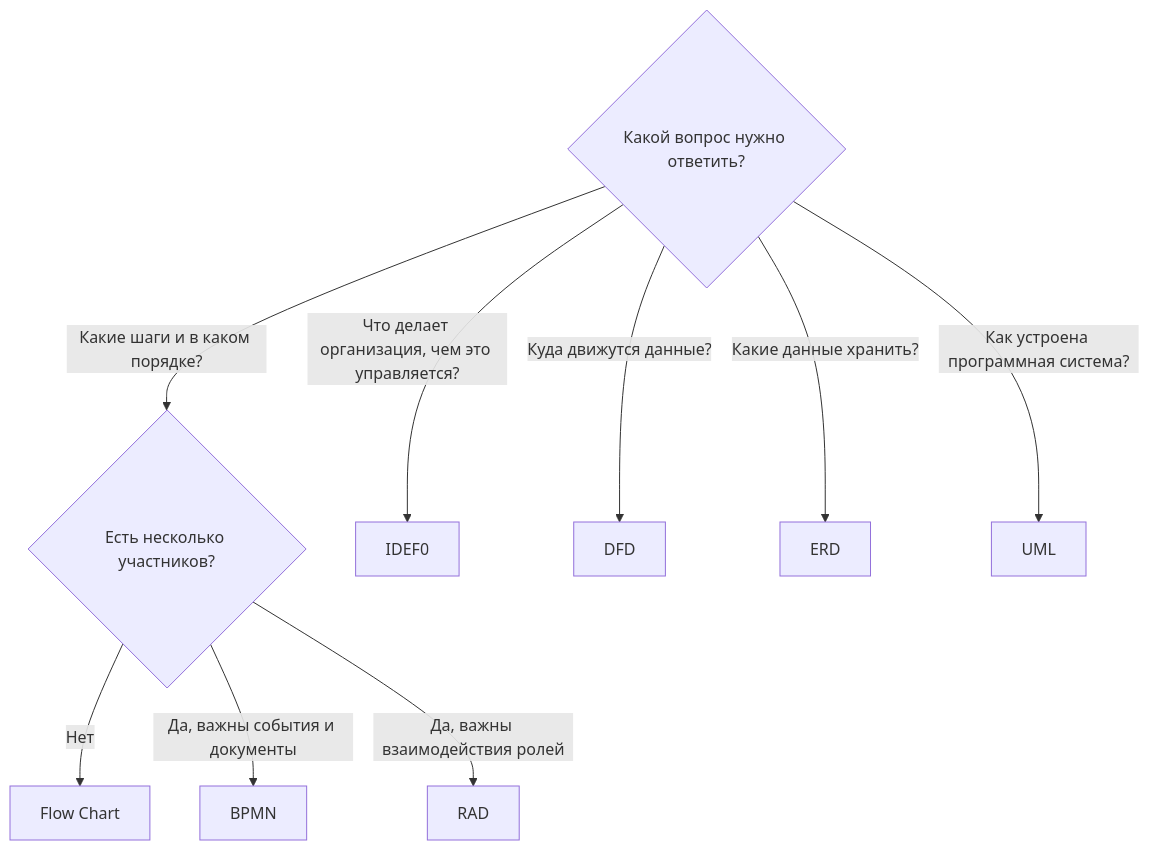
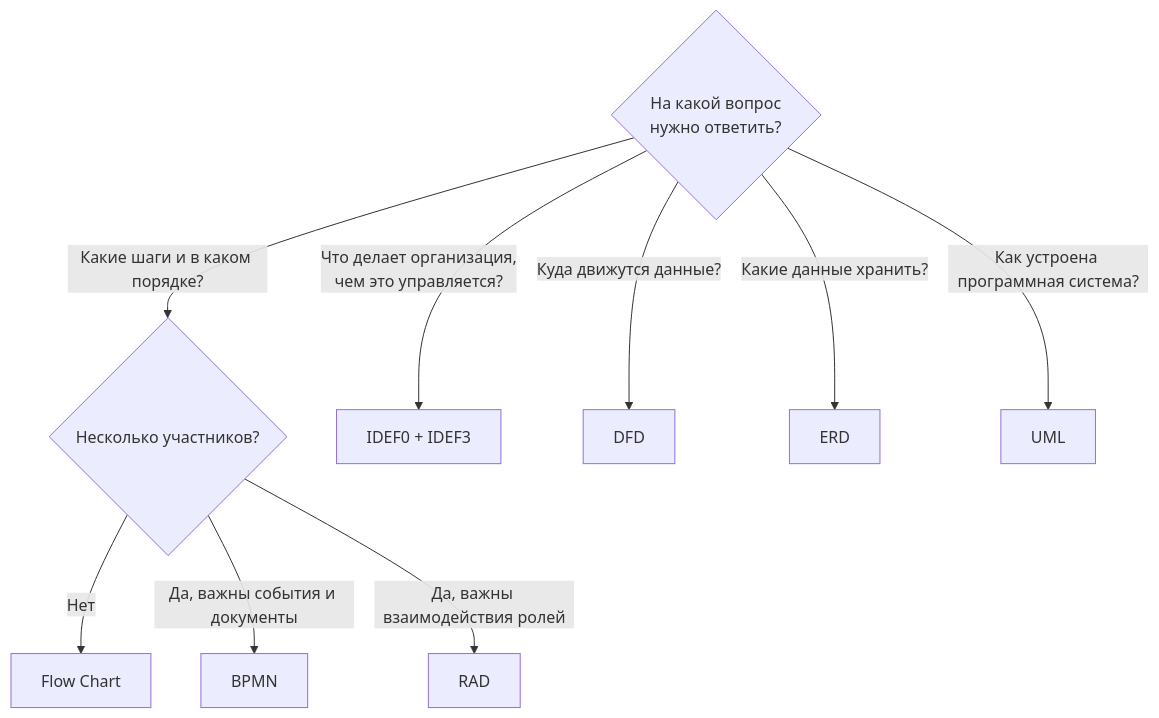
The diagram in docs/comparison.md (starpxand/bpm-notations-wiki), drawn with Mermaid before and after one commit. The commit also changed other lines of this file and 25 other files, not shown here.

First line of the commit message:
feat: динамичная мини-wiki, диаграммы строго по нотациям, источники по ГОСТ Р 7.0.100

````diff
--- a/docs/comparison.md
+++ b/docs/comparison.md
@@ -31,12 +55,12 @@
 ```mermaid
 flowchart TD
-    Q{Какой вопрос нужно ответить?}
-    Q -->|Какие шаги и в каком порядке?| A{Есть несколько участников?}
+    Q{На какой вопрос<br>нужно ответить?}
+    Q -->|Какие шаги и в каком порядке?| A{Несколько участников?}
     A -->|Нет| FC[Flow Chart]
     A -->|Да, важны события и документы| BPMN[BPMN]
     A -->|Да, важны взаимодействия ролей| RAD[RAD]
-    Q -->|Что делает организация, чем это управляется?| IDEF[IDEF0]
+    Q -->|Что делает организация,<br>чем это управляется?| IDEF[IDEF0 + IDEF3]
     Q -->|Куда движутся данные?| DFD[DFD]
     Q -->|Какие данные хранить?| ERD[ERD]
     Q -->|Как устроена программная система?| UML[UML]
 ```
````
